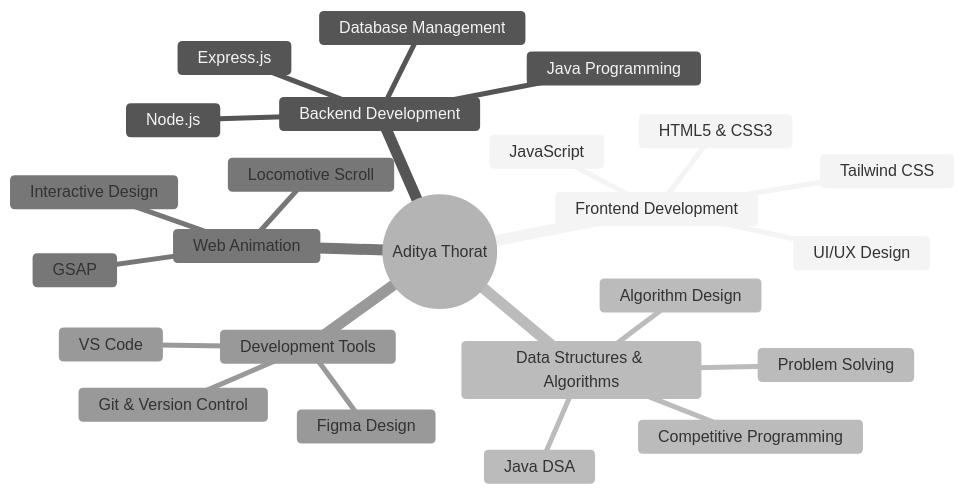
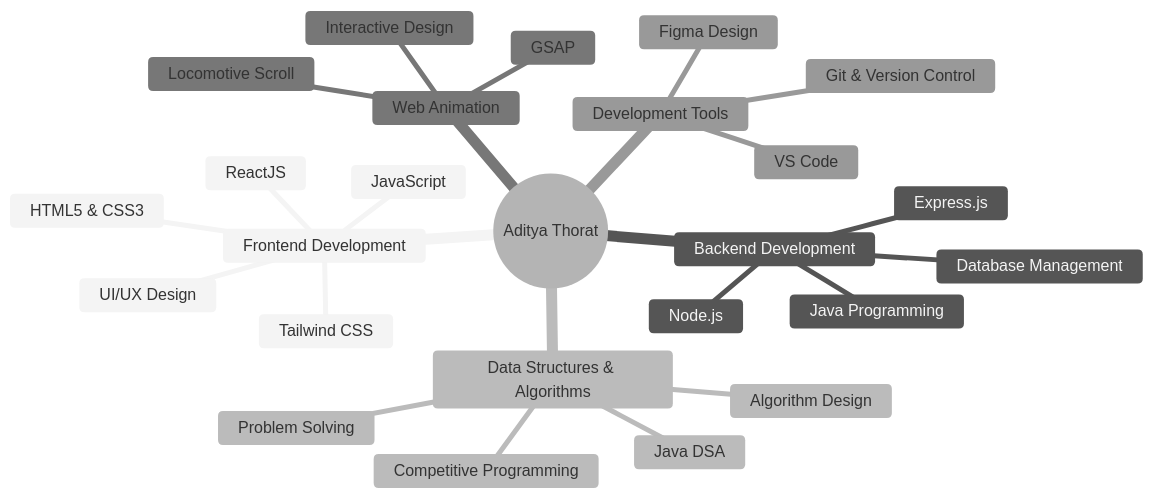
The diagram in README.md (AdiThorat-eth/AdiThorat-eth), drawn with Mermaid before and after one commit.

````diff
--- a/README.md
+++ b/README.md
@@ -86,28 +86,29 @@
 ```mermaid
 %%{init: {'theme':'neutral'}}%%
 mindmap
   root((Aditya Thorat))
     Frontend Development
+      ReactJS
       HTML5 & CSS3
       JavaScript
       Tailwind CSS
       UI/UX Design
     Backend Development
       Java Programming
       Node.js
       Express.js
       Database Management
     Data Structures & Algorithms
       Problem Solving
       Algorithm Design
       Java DSA
       Competitive Programming
     Web Animation
       GSAP
       Locomotive Scroll
       Interactive Design
     Development Tools
       Git & Version Control
       VS Code
       Figma Design
 ```
````
